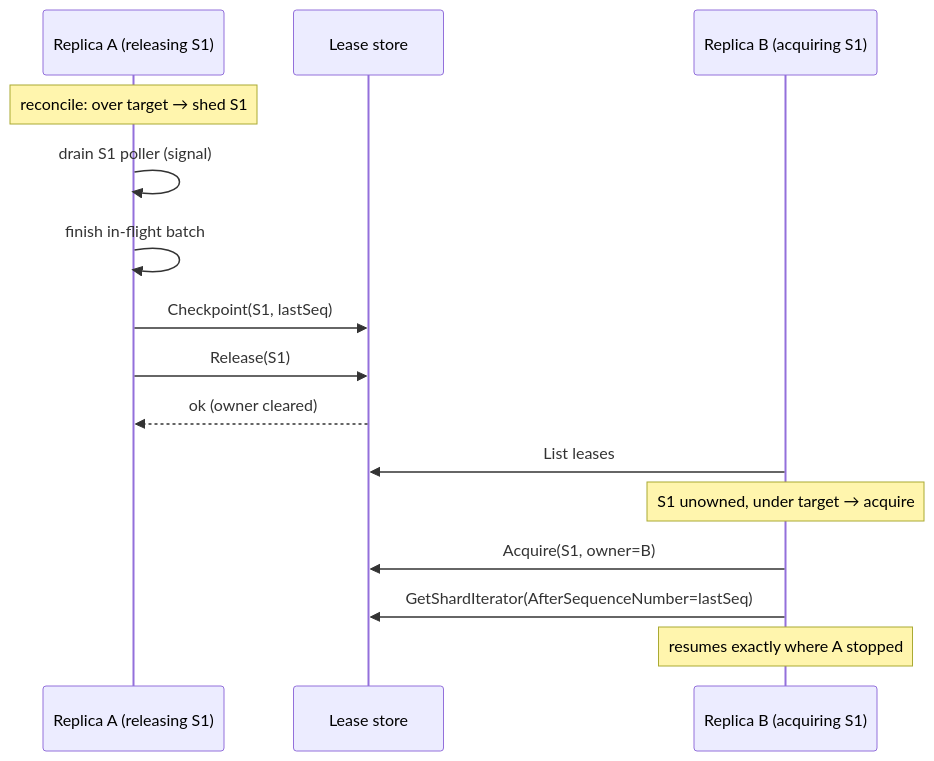
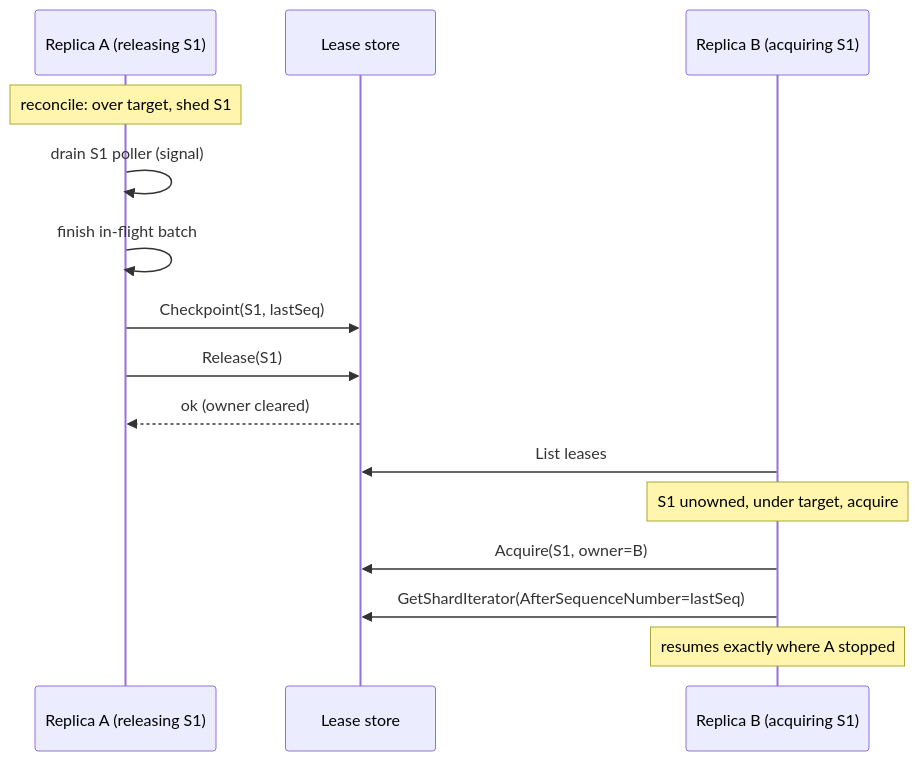
Before and after one commit to jrglee/opentelemetry-kinesis-stream: the third of 6 diagrams in docs/user-guide.md, drawn with Mermaid. The commit also changed other lines of this file and 1 other file, not shown here.

First line of the commit message:
Verify reshard invariant synthetically; fix user-guide diagrams

````diff
--- a/docs/user-guide.md
+++ b/docs/user-guide.md
@@ -444,19 +438,19 @@
 ```mermaid
 sequenceDiagram
     participant A as Replica A (releasing S1)
     participant L as Lease store
     participant B as Replica B (acquiring S1)
 
-    Note over A: reconcile: over target → shed S1
+    Note over A: reconcile: over target, shed S1
     A->>A: drain S1 poller (signal)
     A->>A: finish in-flight batch
     A->>L: Checkpoint(S1, lastSeq)
     A->>L: Release(S1)
     L-->>A: ok (owner cleared)
 
     B->>L: List leases
-    Note over B: S1 unowned, under target → acquire
+    Note over B: S1 unowned, under target, acquire
     B->>L: Acquire(S1, owner=B)
     B->>L: GetShardIterator(AfterSequenceNumber=lastSeq)
     Note over B: resumes exactly where A stopped
 ```
````
